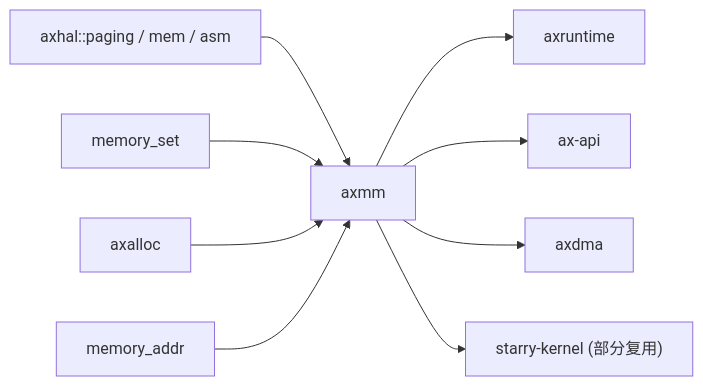
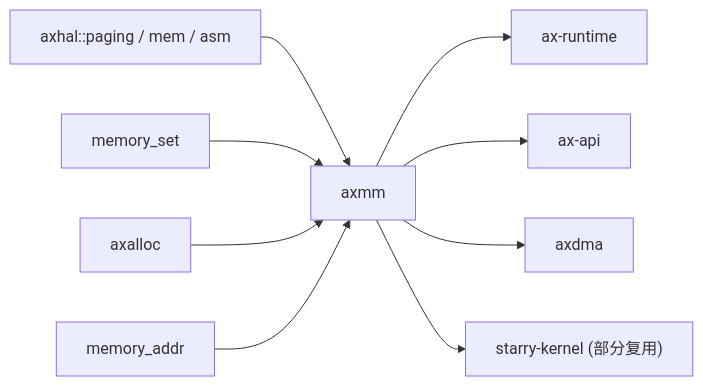
Before and after one commit to XTH852456/tgoskits: the second of 2 diagrams in docs/crates/axmm.md, drawn with Mermaid. The commit also changed other lines of this file and 69 other files, not shown here.

Commit message:
rename axruntime to ax-runtime

````diff
--- a/docs/crates/axmm.md
+++ b/docs/crates/axmm.md
@@ -103,12 +103,12 @@
 ```mermaid
 graph LR
     axhal["axhal::paging / mem / asm"] --> axmm["axmm"]
     memory_set["memory_set"] --> axmm
     axalloc["axalloc"] --> axmm
     memory_addr["memory_addr"] --> axmm
 
-    axmm --> axruntime["axruntime"]
+    axmm --> ax-runtime["ax-runtime"]
     axmm --> ax-api["ax-api"]
     axmm --> axdma["axdma"]
     axmm --> starry_kernel["starry-kernel (部分复用)"]
 ```
````
